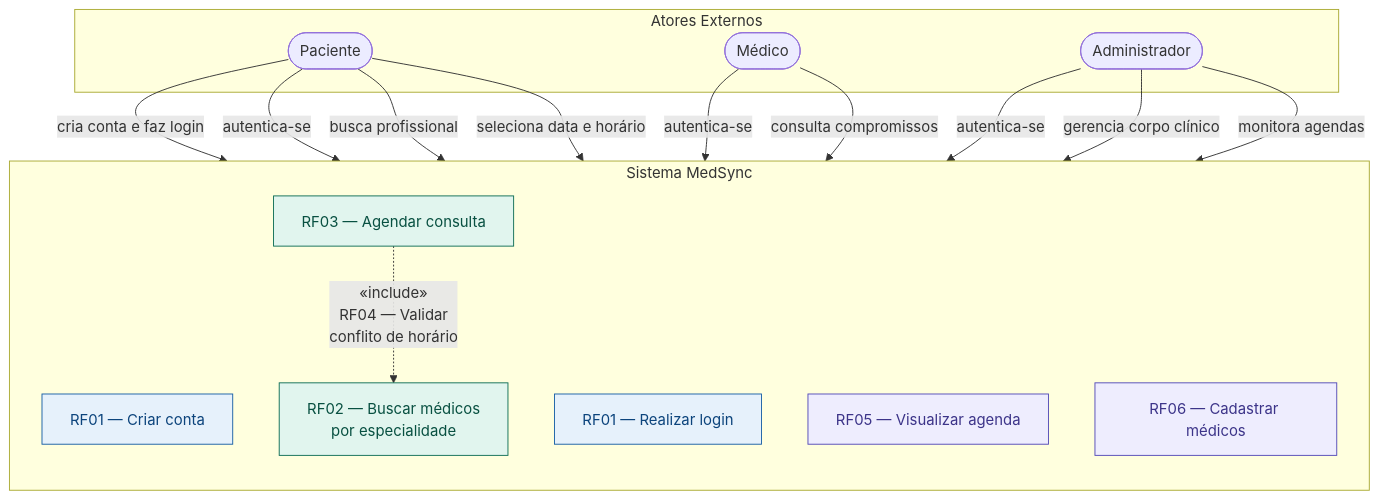
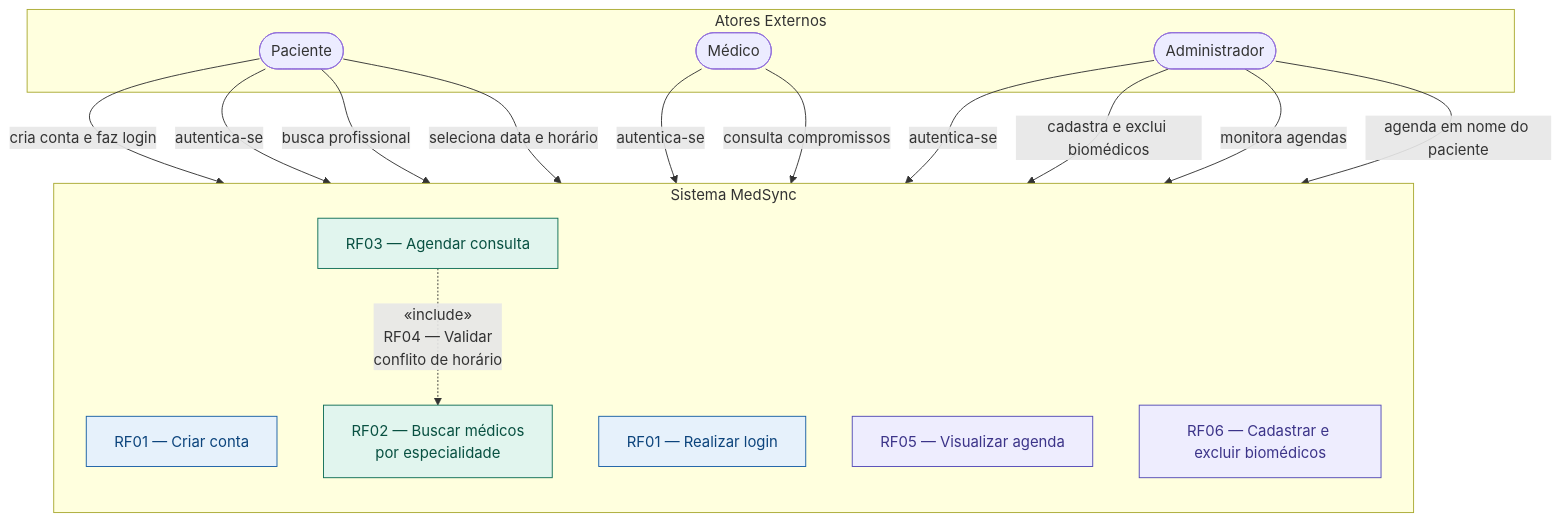
Before and after one commit to vitorbansen/Portifolio-MedSync: the first of 8 diagrams in README.md, drawn with Mermaid. The commit also changed other lines of this file and 19 other files, not shown here.

````diff
--- a/README.md
+++ b/README.md
@@ -195,39 +195,40 @@
 ```mermaid
 flowchart TB
     subgraph Atores Externos
         P(["Paciente"])
         M(["Médico"])
         ADM(["Administrador"])
     end
 
     subgraph Sistema MedSync
         direction TB
         UC1["RF01 — Criar conta"]
         UC2["RF01 — Realizar login"]
         UC3["RF02 — Buscar médicos\npor especialidade"]
         UC4["RF03 — Agendar consulta"]
         UC5["RF05 — Visualizar agenda"]
-        UC6["RF06 — Cadastrar médicos"]
+        UC6["RF06 — Cadastrar e excluir biomédicos"]
     end
 
     P -->|"cria conta e faz login"| UC1
     P -->|"autentica-se"| UC2
     P -->|"busca profissional"| UC3
     P -->|"seleciona data e horário"| UC4
 
     M -->|"autentica-se"| UC2
     M -->|"consulta compromissos"| UC5
 
     ADM -->|"autentica-se"| UC2
-    ADM -->|"gerencia corpo clínico"| UC6
+    ADM -->|"cadastra e exclui biomédicos"| UC6
     ADM -->|"monitora agendas"| UC5
+    ADM -->|"agenda em nome do paciente"| UC4
 
     UC4 -.->|"«include»\nRF04 — Validar\nconflito de horário"| UC3
 
     style UC1 fill:#E6F1FB,stroke:#185FA5,color:#0C447C
     style UC2 fill:#E6F1FB,stroke:#185FA5,color:#0C447C
     style UC3 fill:#E1F5EE,stroke:#0F6E56,color:#085041
     style UC4 fill:#E1F5EE,stroke:#0F6E56,color:#085041
     style UC5 fill:#EEEDFE,stroke:#534AB7,color:#3C3489
     style UC6 fill:#EEEDFE,stroke:#534AB7,color:#3C3489
 ```
````
